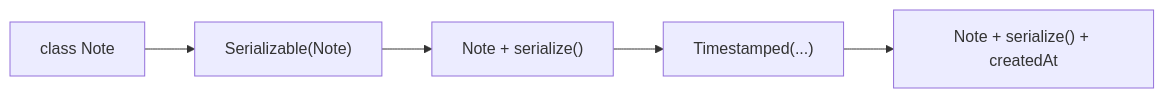
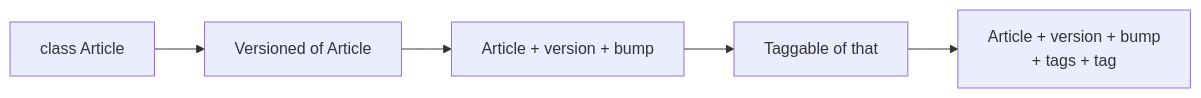
One commit to cheer-cho/LearningCourse--TypeScript--build-by-Claude-Code changed the seventh of 7 diagrams in 06-classes/LESSON.md. Above: the diagram before and after it, drawn with Mermaid. The commit also changed other lines of this file and 79 other files, not shown here.

````diff
--- a/06-classes/LESSON.md
+++ b/06-classes/LESSON.md
@@ -97,7 +977,7 @@
 ```mermaid
 flowchart LR
-    A["class Note"] --> S["Serializable(Note)"]
-    S --> B["Note + serialize()"]
-    B --> T["Timestamped(...)"]
-    T --> C["Note + serialize() + createdAt"]
+    A["class Article"] --> V["Versioned of Article"]
+    V --> B["Article + version + bump"]
+    B --> T["Taggable of that"]
+    T --> C["Article + version + bump<br/>+ tags + tag"]
 ```
````
